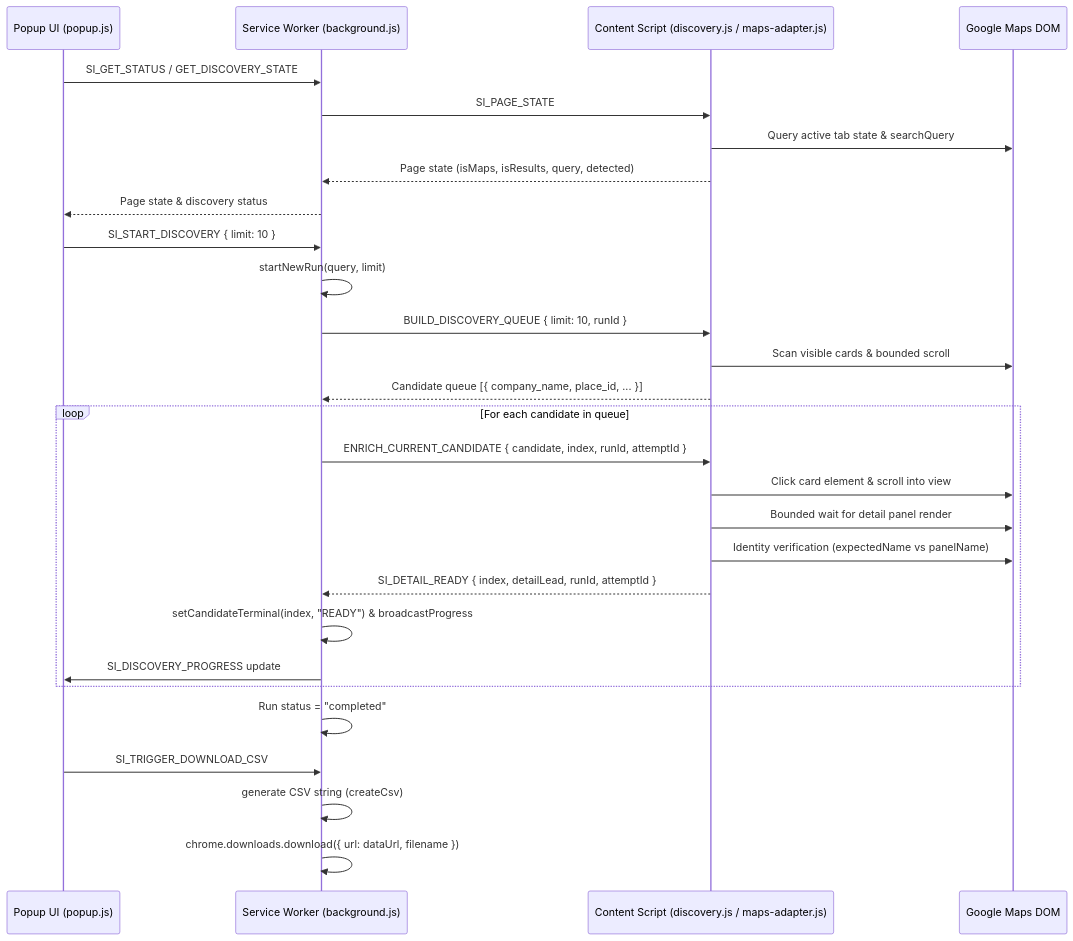
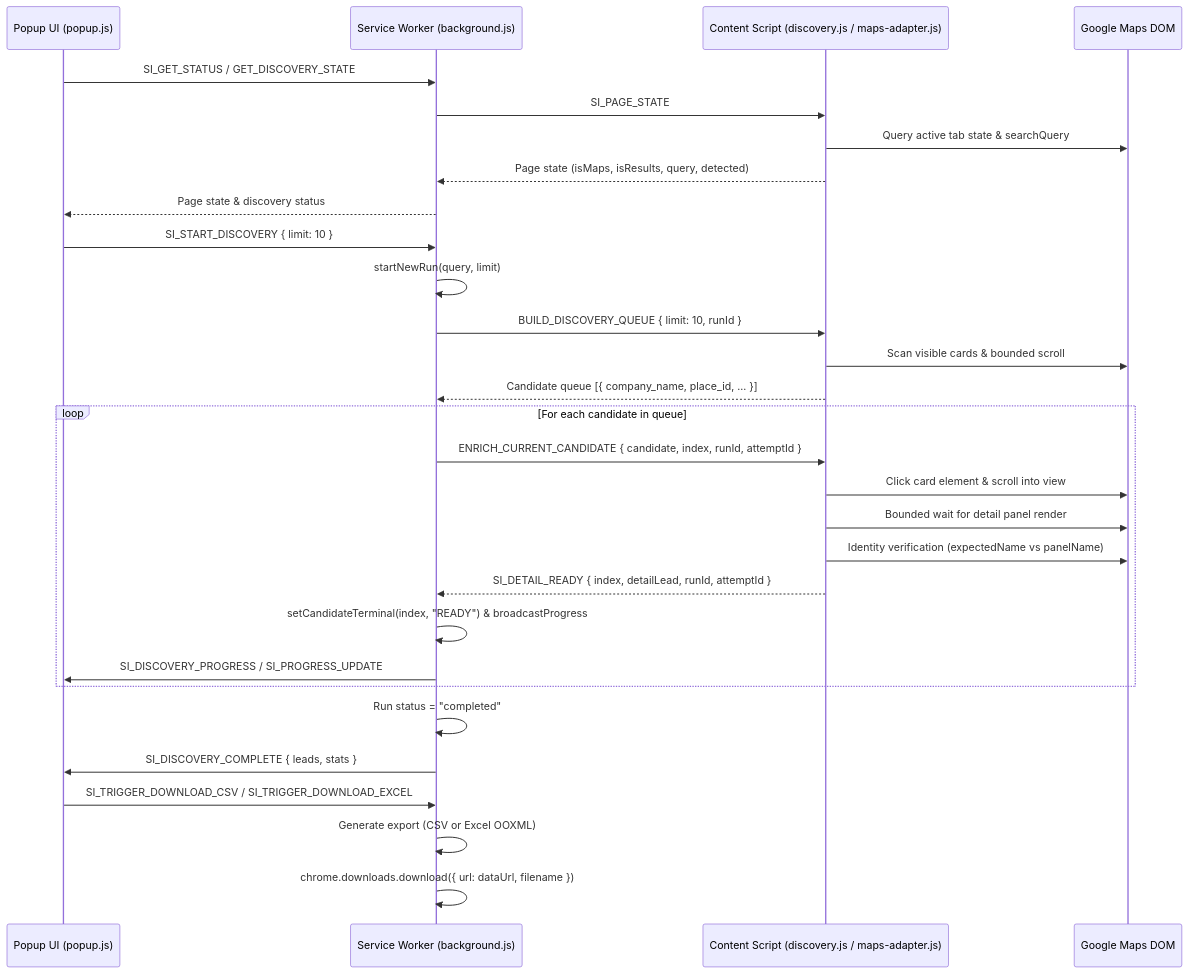
One commit to sodharaj369/Ramos changed the second of 2 diagrams in RAMOS_CURRENT_ARCHITECTURE.md. Above: the diagram before and after it, drawn with Mermaid. The commit also changed 18 other files, not shown here.

Commit message:
feat: implement maps discovery extension with regression suite, xlsx export support, and robust enrichment handling.

````diff
--- a/RAMOS_CURRENT_ARCHITECTURE.md
+++ b/RAMOS_CURRENT_ARCHITECTURE.md
@@ -87,34 +87,35 @@
 ```mermaid
 sequenceDiagram
     participant Popup as Popup UI (popup.js)
     participant SW as Service Worker (background.js)
     participant CS as Content Script (discovery.js / maps-adapter.js)
     participant DOM as Google Maps DOM
 
     Popup->>SW: SI_GET_STATUS / GET_DISCOVERY_STATE
     SW->>CS: SI_PAGE_STATE
     CS->>DOM: Query active tab state & searchQuery
     CS-->>SW: Page state (isMaps, isResults, query, detected)
     SW-->>Popup: Page state & discovery status
 
     Popup->>SW: SI_START_DISCOVERY { limit: 10 }
     SW->>SW: startNewRun(query, limit)
     SW->>CS: BUILD_DISCOVERY_QUEUE { limit: 10, runId }
     CS->>DOM: Scan visible cards & bounded scroll
     CS-->>SW: Candidate queue [{ company_name, place_id, ... }]
 
     loop For each candidate in queue
         SW->>CS: ENRICH_CURRENT_CANDIDATE { candidate, index, runId, attemptId }
         CS->>DOM: Click card element & scroll into view
         CS->>DOM: Bounded wait for detail panel render
         CS->>DOM: Identity verification (expectedName vs panelName)
         CS-->>SW: SI_DETAIL_READY { index, detailLead, runId, attemptId }
         SW->>SW: setCandidateTerminal(index, "READY") & broadcastProgress
-        SW->>Popup: SI_DISCOVERY_PROGRESS update
+        SW->>Popup: SI_DISCOVERY_PROGRESS / SI_PROGRESS_UPDATE
     end
 
     SW->>SW: Run status = "completed"
-    Popup->>SW: SI_TRIGGER_DOWNLOAD_CSV
-    SW->>SW: generate CSV string (createCsv)
+    SW->>Popup: SI_DISCOVERY_COMPLETE { leads, stats }
+    Popup->>SW: SI_TRIGGER_DOWNLOAD_CSV / SI_TRIGGER_DOWNLOAD_EXCEL
+    SW->>SW: Generate export (CSV or Excel OOXML)
     SW->>SW: chrome.downloads.download({ url: dataUrl, filename })
 ```
````
